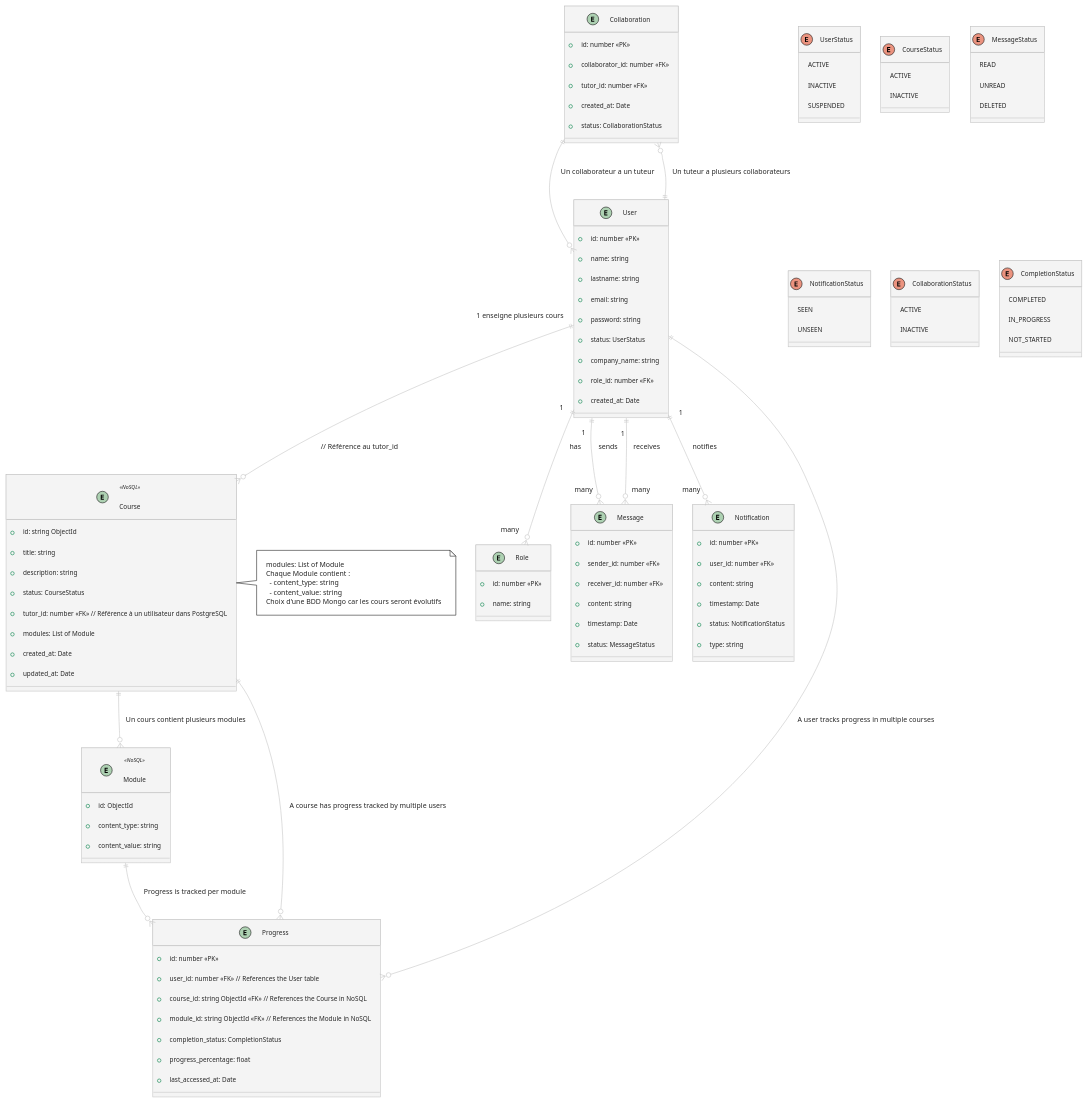
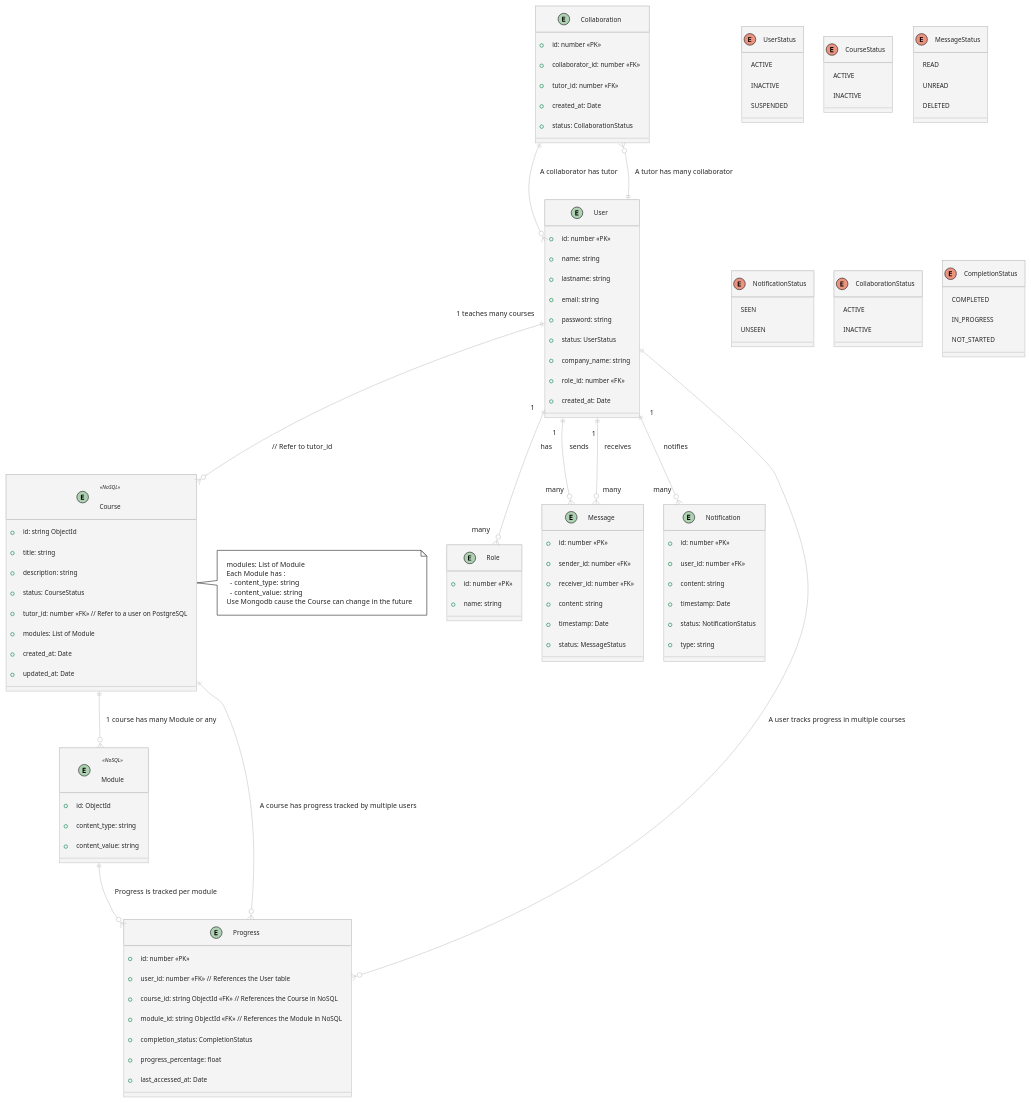
The diagram in UML/entity_relation_diagram.pu (Davidben75/Elearn_api), drawn with PlantUML before and after one commit.

Commit message:
correction on ERD

```diff
--- a/UML/entity_relation_diagram.pu
+++ b/UML/entity_relation_diagram.pu
@@ -1,130 +1,130 @@
 @startuml "entity relation SQL + NoSQL"
 !theme carbon-gray
 
 entity User {
   +id: number <<PK>>
   +name: string
   +lastname: string
   +email: string
   +password: string
   +status: UserStatus
   +company_name: string
   +role_id: number <<FK>>
   +created_at: Date
 }
 
 entity Role {
   +id: number <<PK>>
   +name: string
 }
 
 entity Course <<NoSQL>> {
   +id: string ObjectId
   +title: string
   +description: string
   +status: CourseStatus
-  +tutor_id: number <<FK>> // Référence à un utilisateur dans PostgreSQL
+  +tutor_id: number <<FK>> // Refer to a user on PostgreSQL
   +modules: List of Module
   +created_at: Date
   +updated_at: Date
 }
 
 entity Module <<NoSQL>> {
   +id: ObjectId
   +content_type: string
   +content_value: string
 }
 
 entity Message {
   +id: number <<PK>>
   +sender_id: number <<FK>>
   +receiver_id: number <<FK>>
   +content: string
   +timestamp: Date
   +status: MessageStatus
 }
 
 entity Notification {
   +id: number <<PK>>
   +user_id: number <<FK>>
   +content: string
   +timestamp: Date
   +status: NotificationStatus
   +type: string
 }
 
 entity Collaboration {
   +id: number <<PK>>
   +collaborator_id: number <<FK>>
   +tutor_id: number <<FK>>
   +created_at: Date
   +status: CollaborationStatus
 }
 
 entity Progress {
   +id: number <<PK>>
   +user_id: number <<FK>> // References the User table
   +course_id: string ObjectId <<FK>> // References the Course in NoSQL
   +module_id: string ObjectId <<FK>> // References the Module in NoSQL
   +completion_status: CompletionStatus
   +progress_percentage: float 
   +last_accessed_at: Date 
 }
 
 enum UserStatus {
   ACTIVE
   INACTIVE
   SUSPENDED
 }
 
 enum CourseStatus {
   ACTIVE
   INACTIVE
 }
 
 enum MessageStatus {
   READ
   UNREAD
   DELETED
 }
 
 enum NotificationStatus {
   SEEN
   UNSEEN
 }
 
 enum CollaborationStatus {
   ACTIVE
   INACTIVE
 }
 
 enum CompletionStatus {
   COMPLETED
   IN_PROGRESS
   NOT_STARTED
 }
 
 User ||--o{ Progress : "A user tracks progress in multiple courses"
 Course ||--o{ Progress : "A course has progress tracked by multiple users"
 Module ||--o{ Progress : "Progress is tracked per module"
 
 note right of Course
   modules: List of Module
-  Chaque Module contient :
+  Each Module has :
     - content_type: string
     - content_value: string
-  Choix d'une BDD Mongo car les cours seront évolutifs
+  Use Mongodb cause the Course can change in the future
 end note
 
 User ||--o{ Role : "1" has "many"
 User ||--o{ Message : "1" sends "many"
 User ||--o{ Message : "1" receives "many"
 User ||--o{ Notification : "1" notifies "many"
-User ||--o{ Course : "1 enseigne plusieurs cours" // Référence au tutor_id
+User ||--o{ Course : "1 teaches many courses" // Refer to tutor_id
 
-Course ||--o{ Module : "Un cours contient plusieurs modules" 
+Course ||--o{ Module : "1 course has many Module or any" 
 
-Collaboration ||--o{ User : "Un collaborateur a un tuteur"
-Collaboration }o--|| User : "Un tuteur a plusieurs collaborateurs"
+Collaboration ||--o{ User : "A collaborator has tutor"
+Collaboration }o--|| User : "A tutor has many collaborator"
 
 @enduml
```
